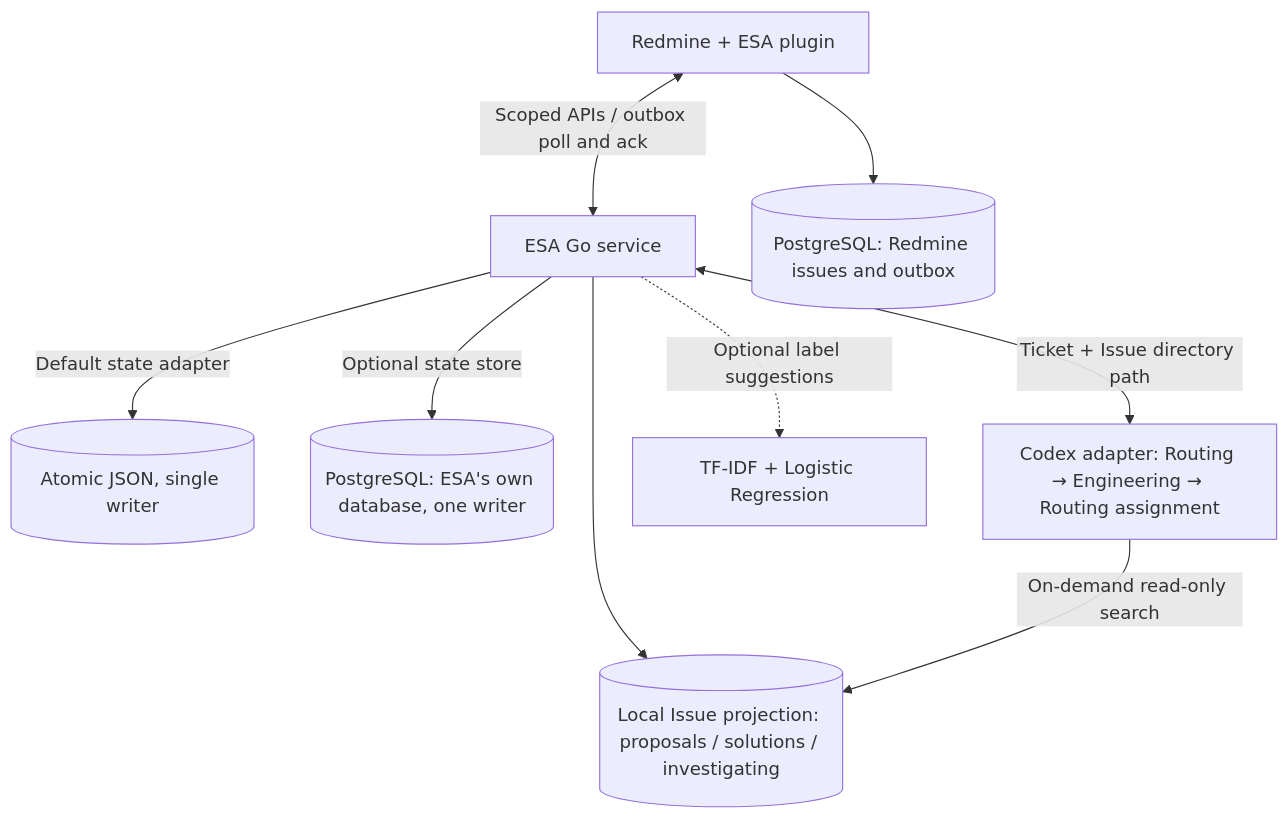
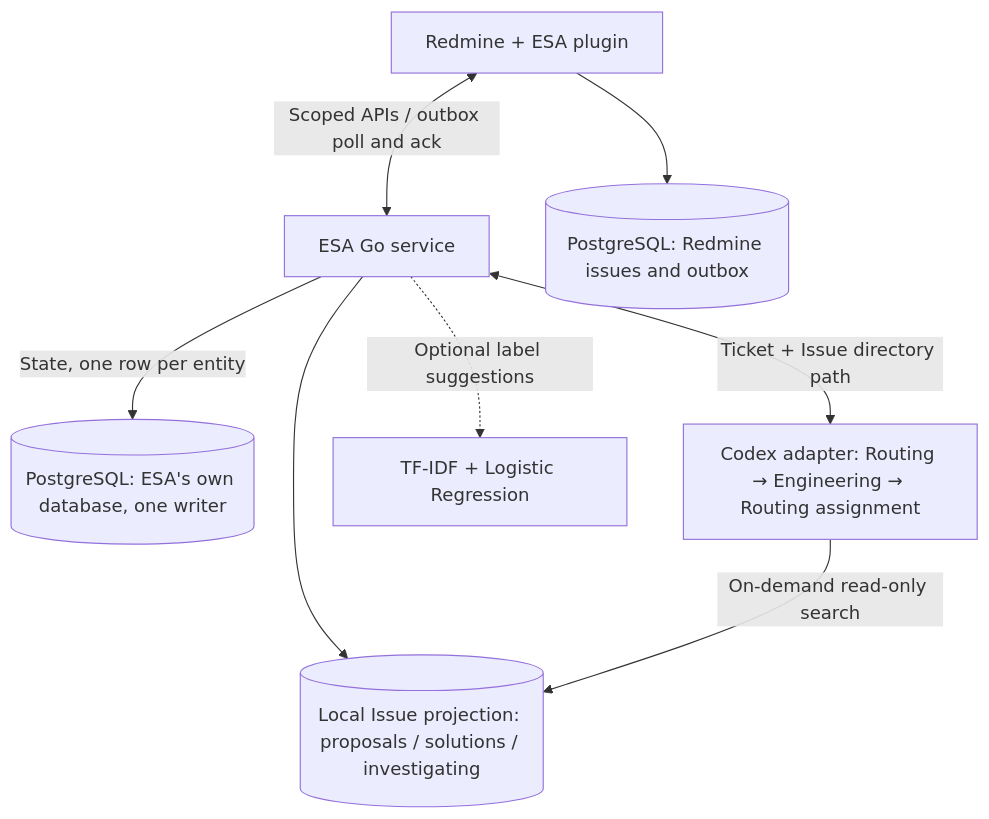
The first of 2 diagrams in README.md (SDUzbh/esa), drawn with Mermaid before and after one commit. The commit also changed other lines of this file and 1 other file, not shown here.

First line of the commit message:
Update the README for the Postgres-only store

````diff
--- a/README.md
+++ b/README.md
@@ -26,11 +26,10 @@
 ```mermaid
 flowchart TD
     P["Redmine + ESA plugin"] <-->|Scoped APIs / outbox poll and ack| E["ESA Go service"]
     P --> D[("PostgreSQL: Redmine issues and outbox")]
-    E -->|Default state adapter| S[("Atomic JSON, single writer")]
-    E -->|Optional state store| G[("PostgreSQL: ESA's own database, one writer")]
+    E -->|State, one row per entity| G[("PostgreSQL: ESA's own database, one writer")]
     E <-->|Ticket + Issue directory path| A["Codex adapter: Routing → Engineering → Routing assignment"]
     E --> I[("Local Issue projection: proposals / solutions / investigating")]
     A -->|On-demand read-only search| I
     E -.->|Optional label suggestions| C["TF-IDF + Logistic Regression"]
 ```
````
